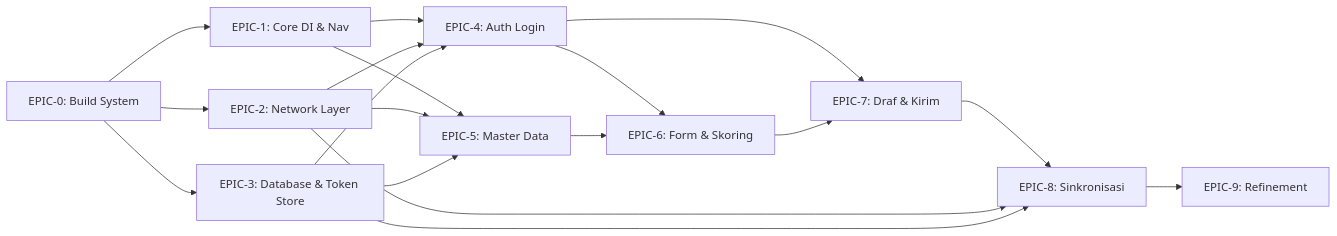
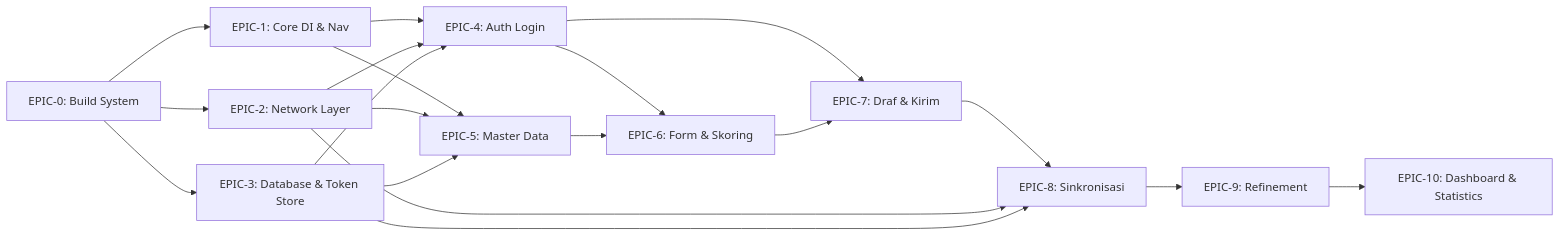
One commit to k3ntoes/rsud-android-client changed the diagram in docs/IMPLEMENTATION-CLAIM-ORDER.md. Above: the diagram before and after it, drawn with Mermaid. The commit also changed other lines of this file and 633 other files, not shown here.

First line of the commit message:
feat: EPIC-10 Dashboard screen & statistik inspeksi

````diff
--- a/docs/IMPLEMENTATION-CLAIM-ORDER.md
+++ b/docs/IMPLEMENTATION-CLAIM-ORDER.md
@@ -11,26 +11,27 @@
 ```mermaid
 flowchart LR
     EPIC0[EPIC-0: Build System] --> EPIC1[EPIC-1: Core DI & Nav]
     EPIC0 --> EPIC2[EPIC-2: Network Layer]
     EPIC0 --> EPIC3[EPIC-3: Database & Token Store]
     
     EPIC1 --> EPIC4[EPIC-4: Auth Login]
     EPIC2 --> EPIC4
     EPIC3 --> EPIC4
     
     EPIC1 --> EPIC5[EPIC-5: Master Data]
     EPIC2 --> EPIC5
     EPIC3 --> EPIC5
     
     EPIC4 --> EPIC6[EPIC-6: Form & Skoring]
     EPIC5 --> EPIC6
     
     EPIC4 --> EPIC7[EPIC-7: Draf & Kirim]
     EPIC6 --> EPIC7
     
     EPIC7 --> EPIC8[EPIC-8: Sinkronisasi]
     EPIC2 --> EPIC8
     EPIC3 --> EPIC8
     
     EPIC8 --> EPIC9[EPIC-9: Refinement]
+    EPIC9 --> EPIC10[EPIC-10: Dashboard & Statistics]
 ```
````
